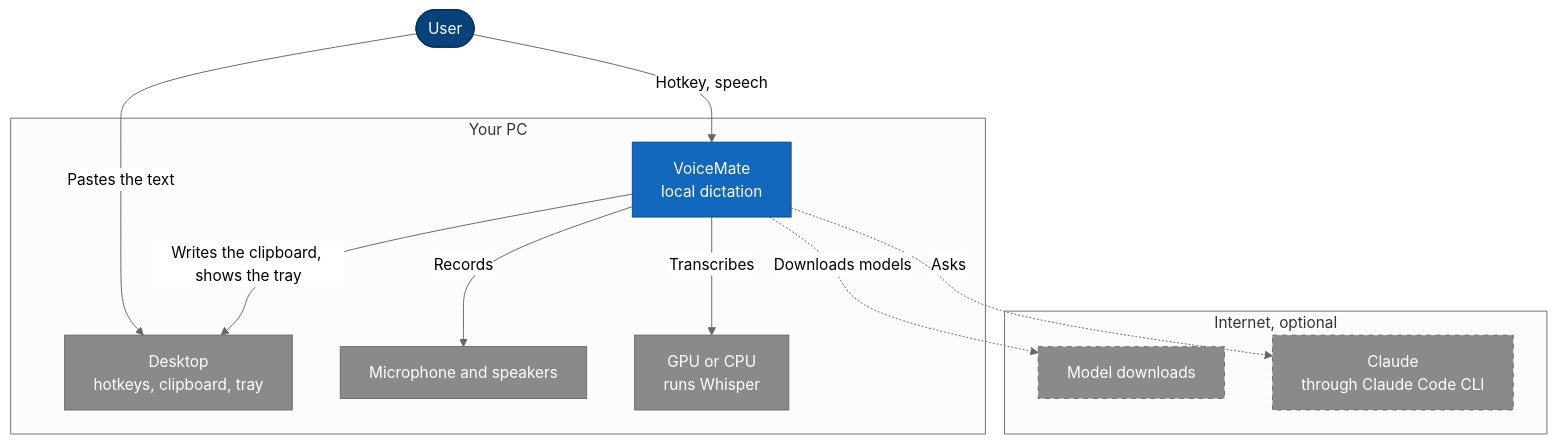
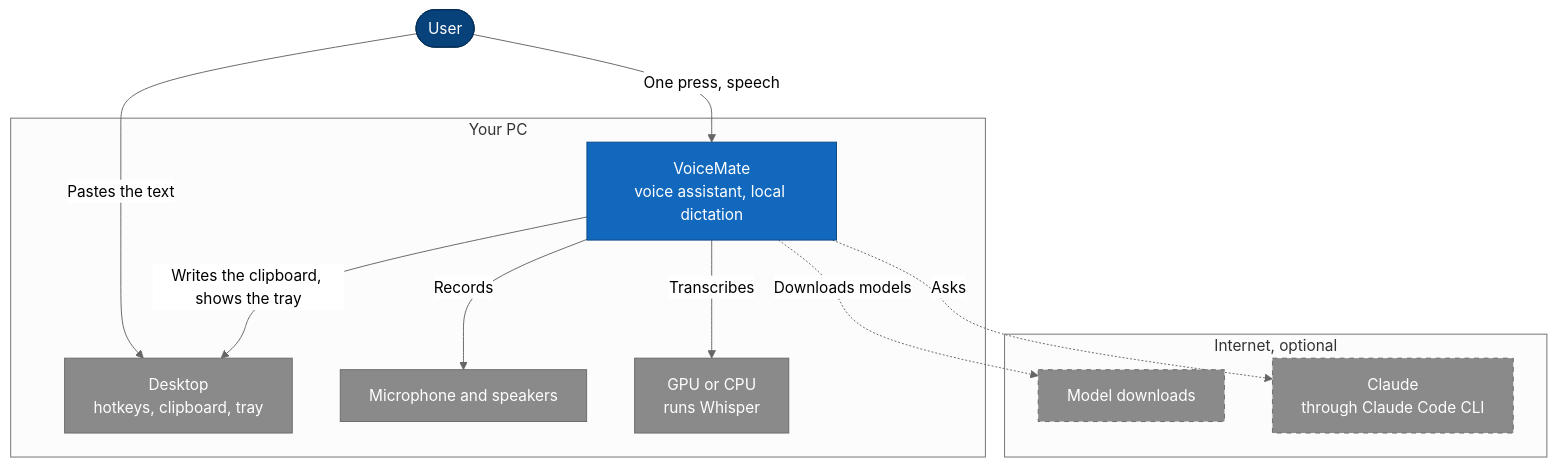
The first of 6 diagrams in README.md (nano-br/voice-mate), drawn with Mermaid (neutral theme) before and after one commit. The commit also changed other lines of this file and 29 other files, not shown here.

````diff
--- a/README.md
+++ b/README.md
@@ -212,36 +221,36 @@
 ```mermaid
 flowchart TB
     user(["User"])
     subgraph pc["Your PC"]
-        vm["VoiceMate<br/>local dictation"]
+        vm["VoiceMate<br/>voice assistant, local dictation"]
         desk["Desktop<br/>hotkeys, clipboard, tray"]
         audio["Microphone and speakers"]
         gpu["GPU or CPU<br/>runs Whisper"]
     end
     subgraph net["Internet, optional"]
         hub["Model downloads"]
         claude["Claude<br/>through Claude Code CLI"]
     end
-    user -->|"Hotkey, speech"| vm
+    user -->|"One press, speech"| vm
     user -->|"Pastes the text"| desk
     vm -->|"Writes the clipboard, shows the tray"| desk
     vm -->|"Records"| audio
     vm -->|"Transcribes"| gpu
     vm -.->|"Downloads models"| hub
     vm -.->|"Asks"| claude
 
     classDef person fill:#08427b,stroke:#052e56,color:#ffffff
     classDef system fill:#1168bd,stroke:#0b4884,color:#ffffff
     classDef container fill:#438dd5,stroke:#2e6295,color:#ffffff
     classDef component fill:#85bbf0,stroke:#5d82a8,color:#000000
     classDef store fill:#00838f,stroke:#005f66,color:#ffffff
     classDef external fill:#8a8a8a,stroke:#6b6b6b,color:#ffffff
     classDef optional fill:#8a8a8a,stroke:#6b6b6b,color:#ffffff,stroke-dasharray:5 5
     classDef ok fill:#2e7d32,stroke:#1b5e20,color:#ffffff
     classDef warn fill:#f9a825,stroke:#c17900,color:#000000
     classDef bad fill:#c0392b,stroke:#922b21,color:#ffffff
     class user person
     class vm system
     class desk,audio,gpu external
     class hub,claude optional
 ```
````
